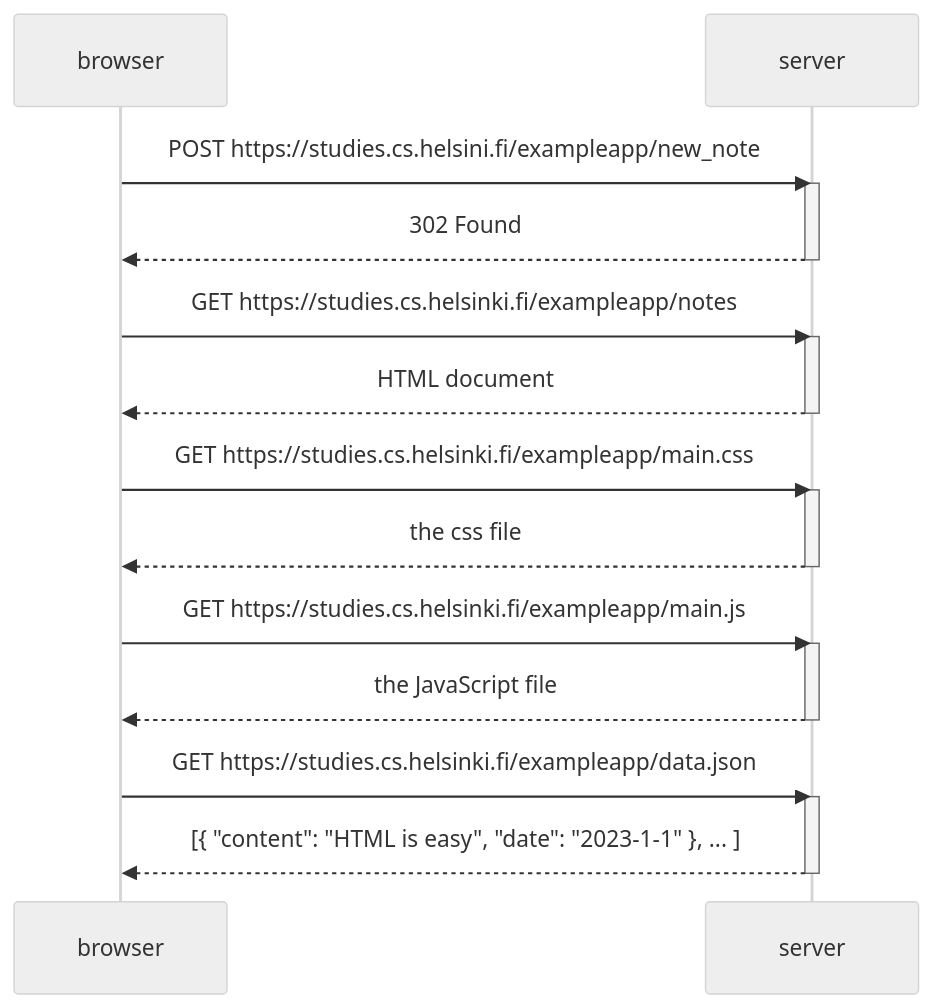
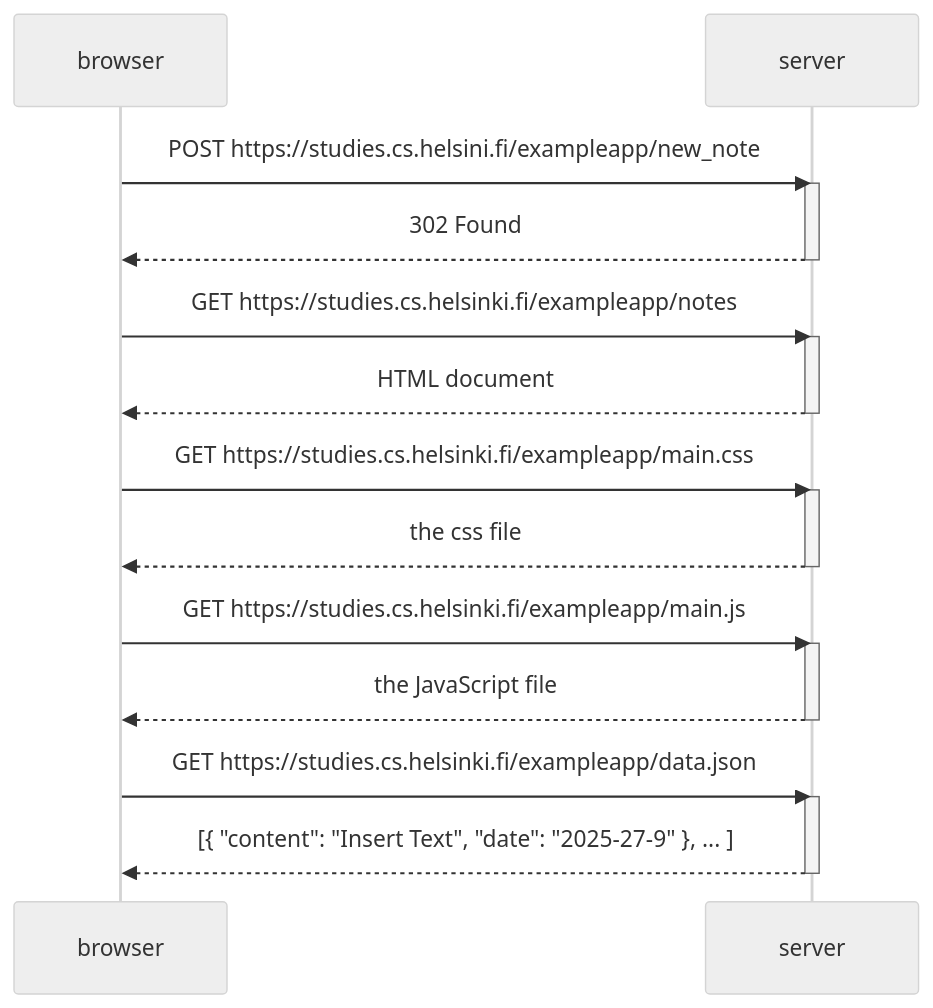
Before and after one commit to Tayo117/submissions: the diagram in part0/note-diagram.md, drawn with Mermaid (neutral theme). The commit also changed other lines of this file, not shown here.

````diff
--- a/part0/note-diagram.md
+++ b/part0/note-diagram.md
@@ -30,30 +2,30 @@
 ```mermaid
 sequenceDiagram
     participant browser
     participant server
  
     browser->>server: POST https://studies.cs.helsini.fi/exampleapp/new_note
     activate server
     server-->>browser: 302 Found
     deactivate server
 
     browser->>server: GET https://studies.cs.helsinki.fi/exampleapp/notes
     activate server
     server-->>browser: HTML document
     deactivate server
 
     browser->>server: GET https://studies.cs.helsinki.fi/exampleapp/main.css
     activate server
     server-->>browser: the css file
     deactivate server
 
     browser->>server: GET https://studies.cs.helsinki.fi/exampleapp/main.js
     activate server
     server-->>browser: the JavaScript file
     deactivate server
 
     browser->>server: GET https://studies.cs.helsinki.fi/exampleapp/data.json
     activate server
-    server-->>browser: [{ "content": "HTML is easy", "date": "2023-1-1" }, ... ]
+    server-->>browser: [{ "content": "Insert Text", "date": "2025-27-9" }, ... ]
     deactivate server
 ```
````
